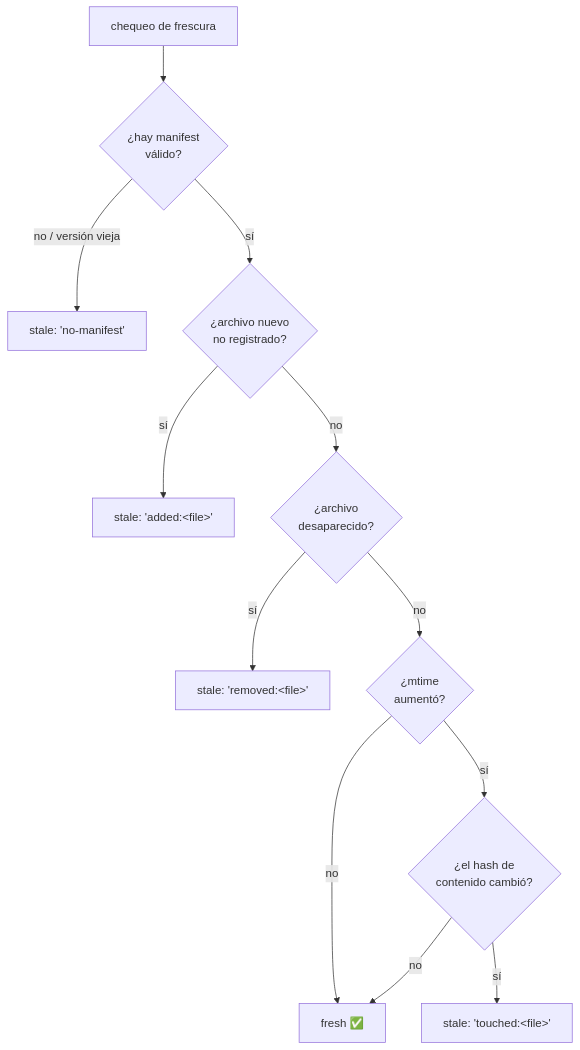
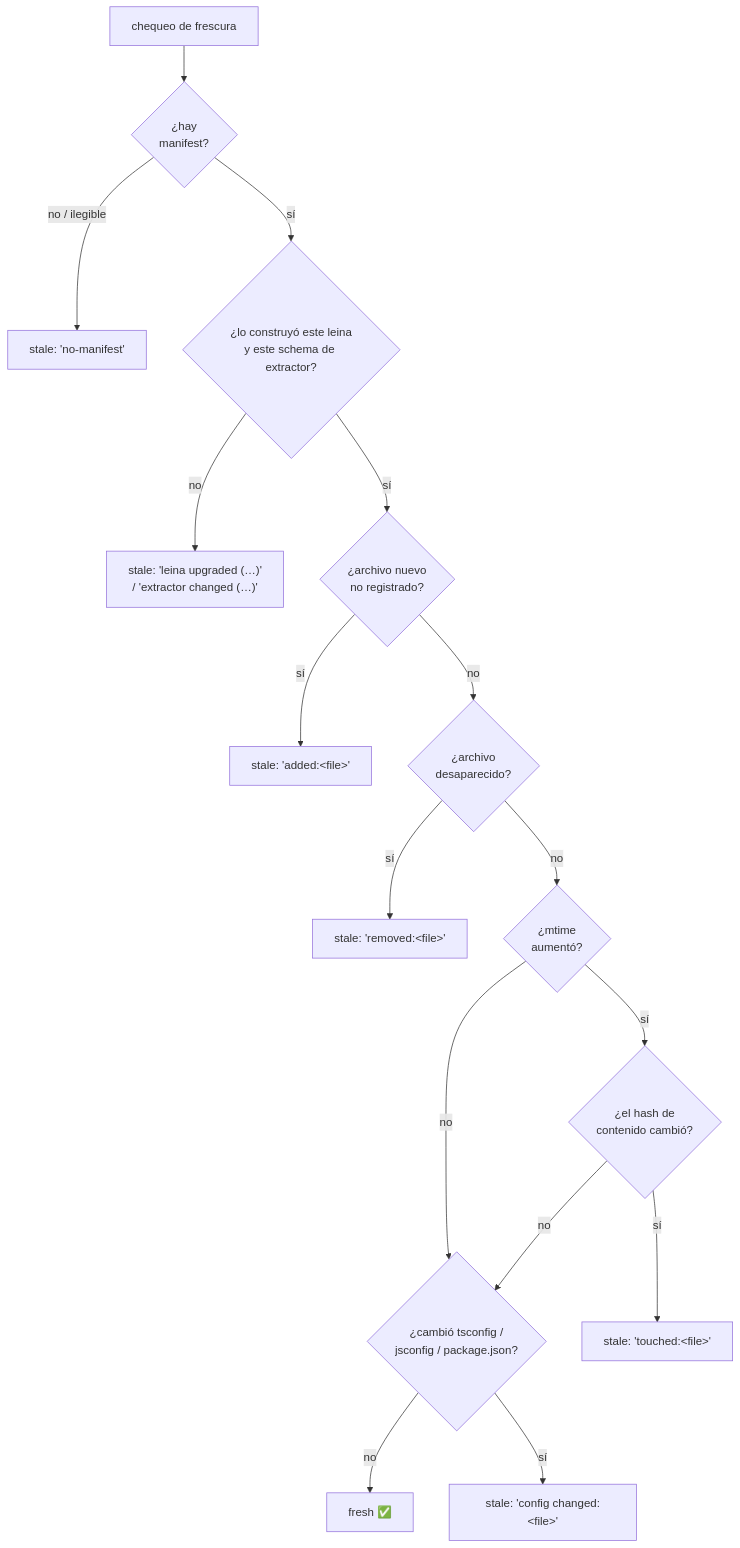
The fourth of 5 diagrams in docs/i18n/es/concepts/03-busqueda-y-consultas.md (Kolimar/leina), drawn with Mermaid before and after one commit. The commit also changed other lines of this file and 9 other files, not shown here.

First line of the commit message:
fix(freshness): stamp the build basis and treat config edits as staleness

````diff
--- a/docs/i18n/es/concepts/03-busqueda-y-consultas.md
+++ b/docs/i18n/es/concepts/03-busqueda-y-consultas.md
@@ -149,14 +149,18 @@
 ```mermaid
 flowchart TD
-    start["chequeo de frescura"] --> man{¿hay manifest<br/>válido?}
-    man -->|no / versión vieja| stale1["stale: 'no-manifest'"]
-    man -->|sí| added{¿archivo nuevo<br/>no registrado?}
+    start["chequeo de frescura"] --> man{¿hay<br/>manifest?}
+    man -->|no / ilegible| stale1["stale: 'no-manifest'"]
+    man -->|sí| basis{¿lo construyó este leina<br/>y este schema de extractor?}
+    basis -->|no| stale0["stale: 'leina upgraded (…)'<br/>/ 'extractor changed (…)'"]
+    basis -->|sí| added{¿archivo nuevo<br/>no registrado?}
     added -->|sí| stale2["stale: 'added:&lt;file&gt;'"]
     added -->|no| gone{¿archivo<br/>desaparecido?}
     gone -->|sí| stale3["stale: 'removed:&lt;file&gt;'"]
     gone -->|no| mt{¿mtime<br/>aumentó?}
-    mt -->|no| fresh["fresh ✅"]
+    mt -->|no| cfg{¿cambió tsconfig /<br/>jsconfig / package.json?}
     mt -->|sí| hash{¿el hash de<br/>contenido cambió?}
-    hash -->|no| fresh
+    hash -->|no| cfg
     hash -->|sí| stale4["stale: 'touched:&lt;file&gt;'"]
+    cfg -->|no| fresh["fresh ✅"]
+    cfg -->|sí| stale5["stale: 'config changed:&lt;file&gt;'"]
 ```
````
